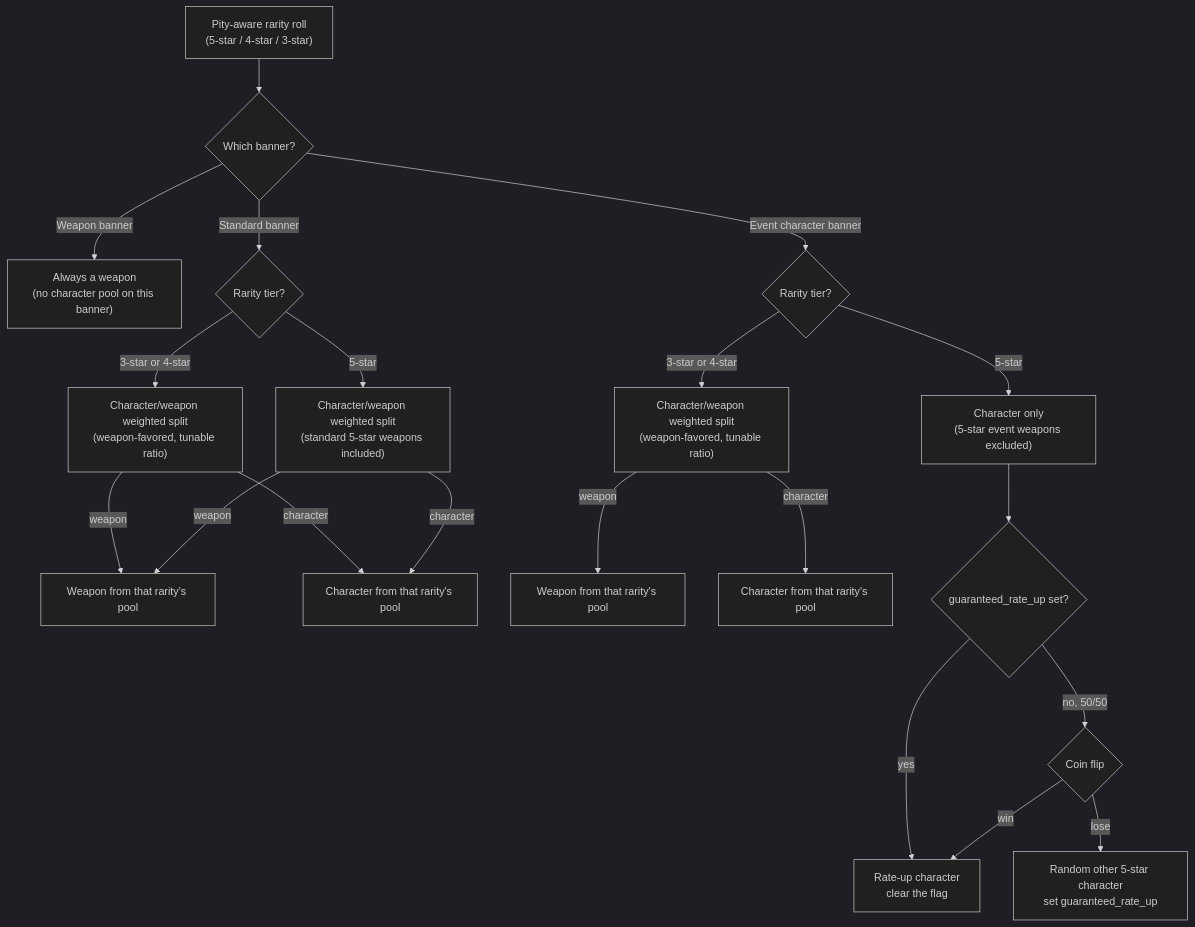
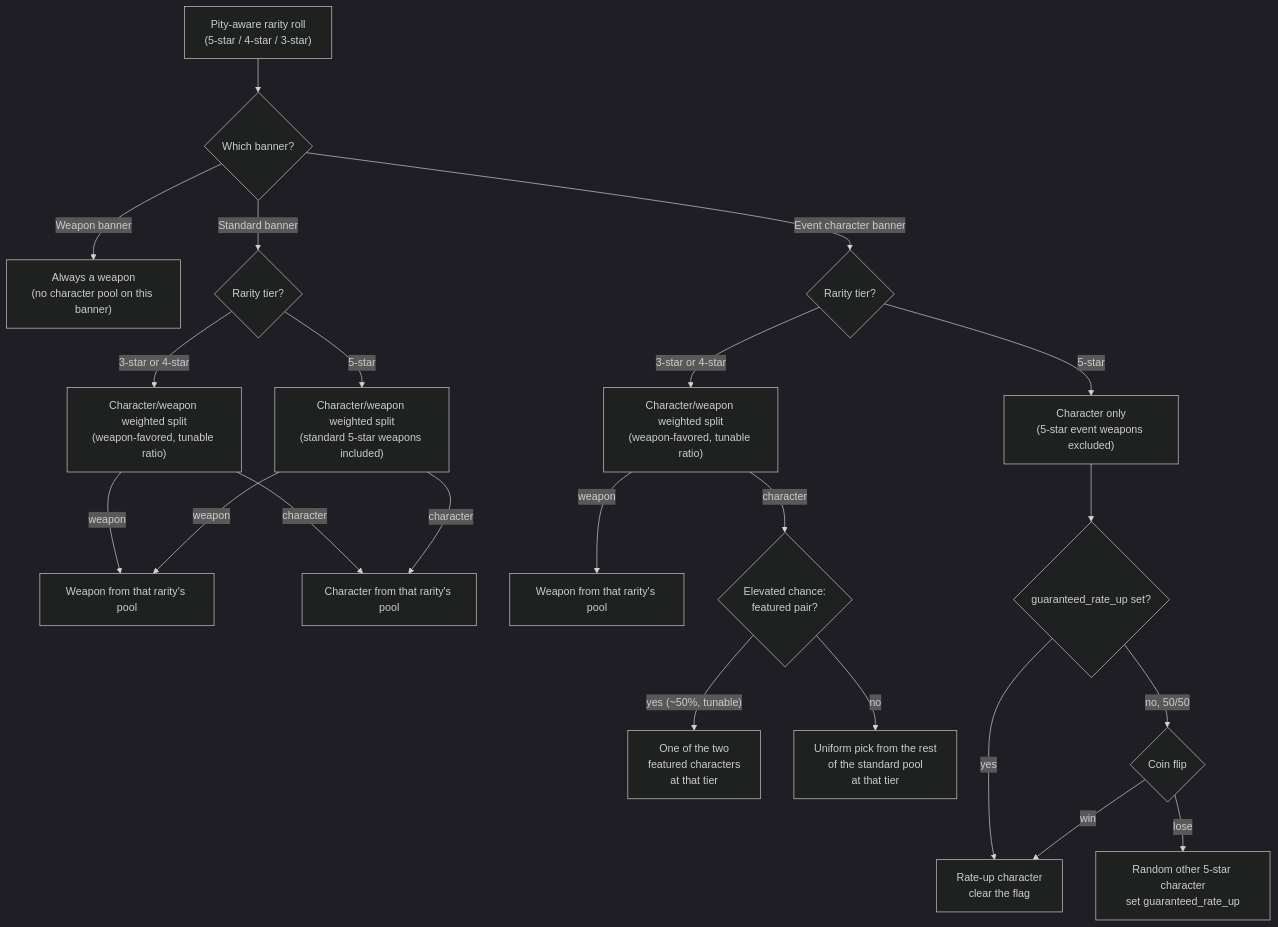
One commit to sm-steel/ley-shards-bot changed the second of 2 diagrams in GACHA.md. Above: the diagram before and after it, drawn with Mermaid (dark theme). The commit also changed other lines of this file, not shown here.

First line of the commit message:
GACHA.md: event banners get featured 4-star and 3-star character pairs

````diff
--- a/GACHA.md
+++ b/GACHA.md
@@ -126,25 +153,27 @@
 ```mermaid
 flowchart TD
     A["Pity-aware rarity roll<br/>(5-star / 4-star / 3-star)"] --> B{"Which banner?"}
 
     B -->|Weapon banner| W["Always a weapon<br/>(no character pool on this banner)"]
 
     B -->|Standard banner| SC{"Rarity tier?"}
     SC -->|"3-star or 4-star"| SD["Character/weapon weighted split<br/>(weapon-favored, tunable ratio)"]
     SD -->|weapon| SDW["Weapon from that rarity's pool"]
     SD -->|character| SDC["Character from that rarity's pool"]
     SC -->|5-star| SE["Character/weapon weighted split<br/>(standard 5-star weapons included)"]
     SE -->|weapon| SDW
     SE -->|character| SDC
 
     B -->|Event character banner| EC{"Rarity tier?"}
     EC -->|"3-star or 4-star"| ED["Character/weapon weighted split<br/>(weapon-favored, tunable ratio)"]
     ED -->|weapon| EDW["Weapon from that rarity's pool"]
-    ED -->|character| EDC["Character from that rarity's pool"]
+    ED -->|character| EDF{"Elevated chance:<br/>featured pair?"}
+    EDF -->|"yes (~50%, tunable)"| EDFC["One of the two<br/>featured characters<br/>at that tier"]
+    EDF -->|no| EDRC["Uniform pick from the rest<br/>of the standard pool<br/>at that tier"]
     EC -->|5-star| EF["Character only<br/>(5-star event weapons excluded)"]
     EF --> EG{"guaranteed_rate_up set?"}
     EG -->|yes| EH["Rate-up character<br/>clear the flag"]
     EG -->|no, 50/50| EI{"Coin flip"}
     EI -->|win| EH
     EI -->|lose| EJ["Random other 5-star character<br/>set guaranteed_rate_up"]
 ```
````
